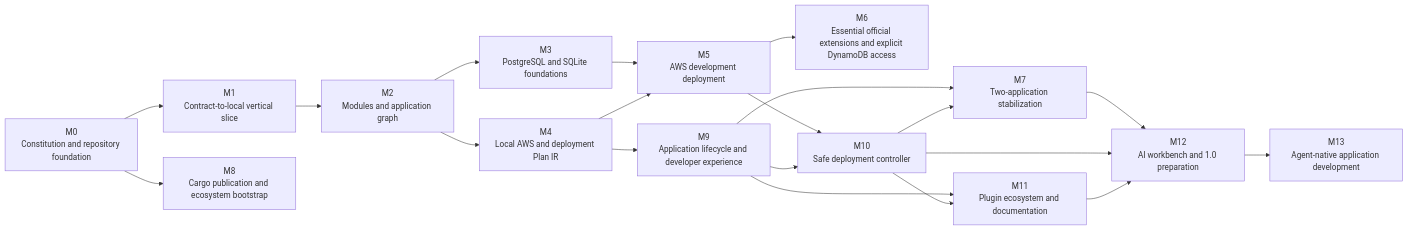
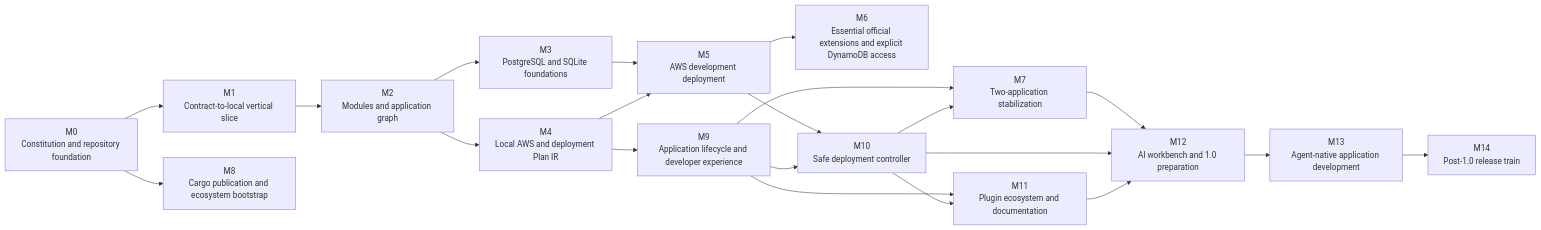
Before and after one commit to xicv/minco: the diagram in roadmap/roadmap.mmd, drawn with Mermaid. The commit also changed 90 other files, not shown here.

```diff
--- a/roadmap/roadmap.mmd
+++ b/roadmap/roadmap.mmd
@@ -1,34 +1,36 @@
 flowchart LR
     NM0["M0<br/>Constitution and repository foundation"]
     NM1["M1<br/>Contract-to-local vertical slice"]
     NM2["M2<br/>Modules and application graph"]
     NM3["M3<br/>PostgreSQL and SQLite foundations"]
     NM4["M4<br/>Local AWS and deployment Plan IR"]
     NM5["M5<br/>AWS development deployment"]
     NM6["M6<br/>Essential official extensions and explicit DynamoDB access"]
     NM7["M7<br/>Two-application stabilization"]
     NM8["M8<br/>Cargo publication and ecosystem bootstrap"]
     NM9["M9<br/>Application lifecycle and developer experience"]
     NM10["M10<br/>Safe deployment controller"]
     NM11["M11<br/>Plugin ecosystem and documentation"]
     NM12["M12<br/>AI workbench and 1.0 preparation"]
     NM13["M13<br/>Agent-native application development"]
+    NM14["M14<br/>Post-1.0 release train"]
     NM0 --> NM1
     NM1 --> NM2
     NM2 --> NM3
     NM2 --> NM4
     NM3 --> NM5
     NM4 --> NM5
     NM5 --> NM6
     NM9 --> NM7
     NM10 --> NM7
     NM0 --> NM8
     NM4 --> NM9
     NM5 --> NM10
     NM9 --> NM10
     NM9 --> NM11
     NM10 --> NM11
     NM7 --> NM12
     NM10 --> NM12
     NM11 --> NM12
     NM12 --> NM13
+    NM13 --> NM14
```
